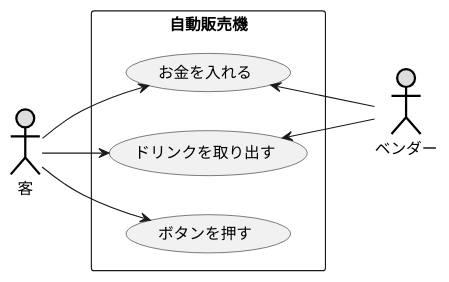
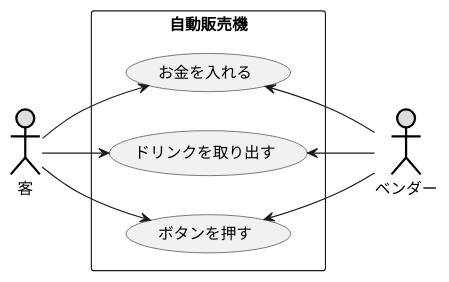
Before and after one commit to chibachibaibu2003/laughing-carnival: the diagram in 6/演習6-4-2_ユースケース図_自動販売機.pu, drawn with PlantUML.

Commit message:
演習6-4-2の修正

```diff
--- a/6/演習6-4-2_ユースケース図_自動販売機.pu
+++ b/6/演習6-4-2_ユースケース図_自動販売機.pu
@@ -1,15 +1,16 @@
 @startuml 演習6-4-2
     left to right direction 
     actor 客 as person #DDDDDD;line:black;line.bold;
     actor ベンダー as bender #DDDDDD;line:black;line.bold;
     rectangle 自動販売機{
         usecase (お金を入れる) as text1
         usecase (ドリンクを取り出す) as text2
         usecase (ボタンを押す) as text3
     }
     person-->text1
     person-->text3
     person-->text2
     text1<--bender
     text2<--bender
+    text3<--bender
 @enduml
```
